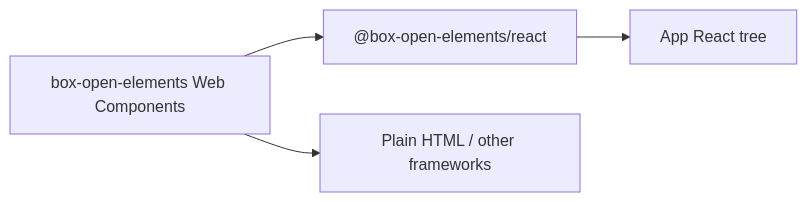
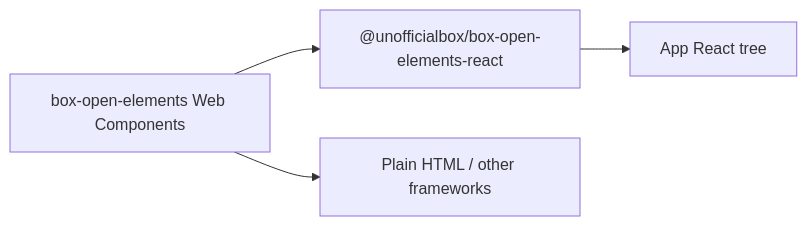
One commit to unofficialbox/box-open-elements changed the diagram in docs/integration/react.md. Above: the diagram before and after it, drawn with Mermaid. The commit also changed other lines of this file and 60 other files, not shown here.

````diff
--- a/docs/integration/react.md
+++ b/docs/integration/react.md
@@ -13,6 +14,6 @@
 ```mermaid
 flowchart LR
-    A["box-open-elements Web Components"] --> B["@box-open-elements/react"]
+    A["box-open-elements Web Components"] --> B["@unofficialbox/box-open-elements-react"]
     B --> C["App React tree"]
     A --> D["Plain HTML / other frameworks"]
 ```
````
